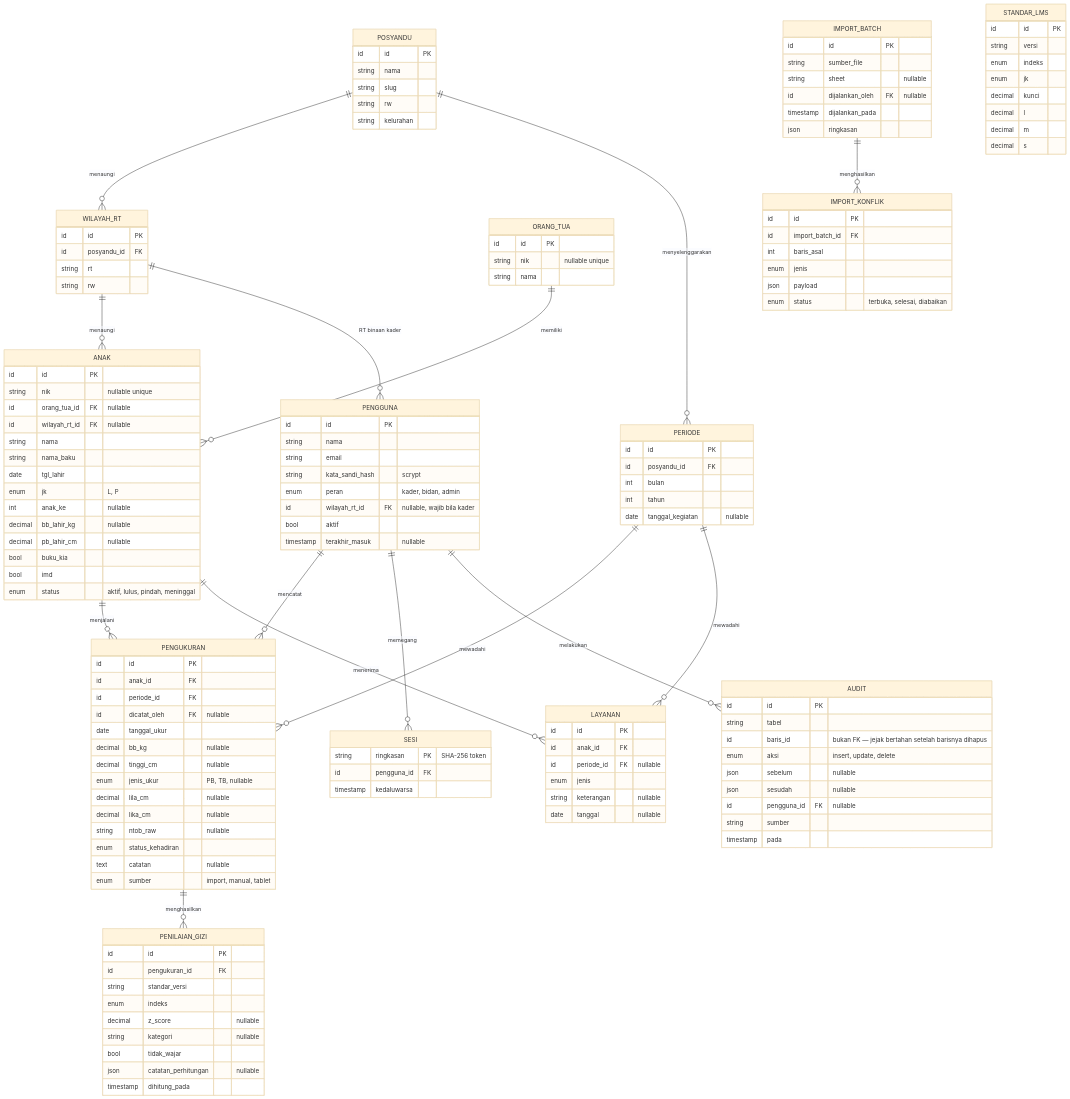
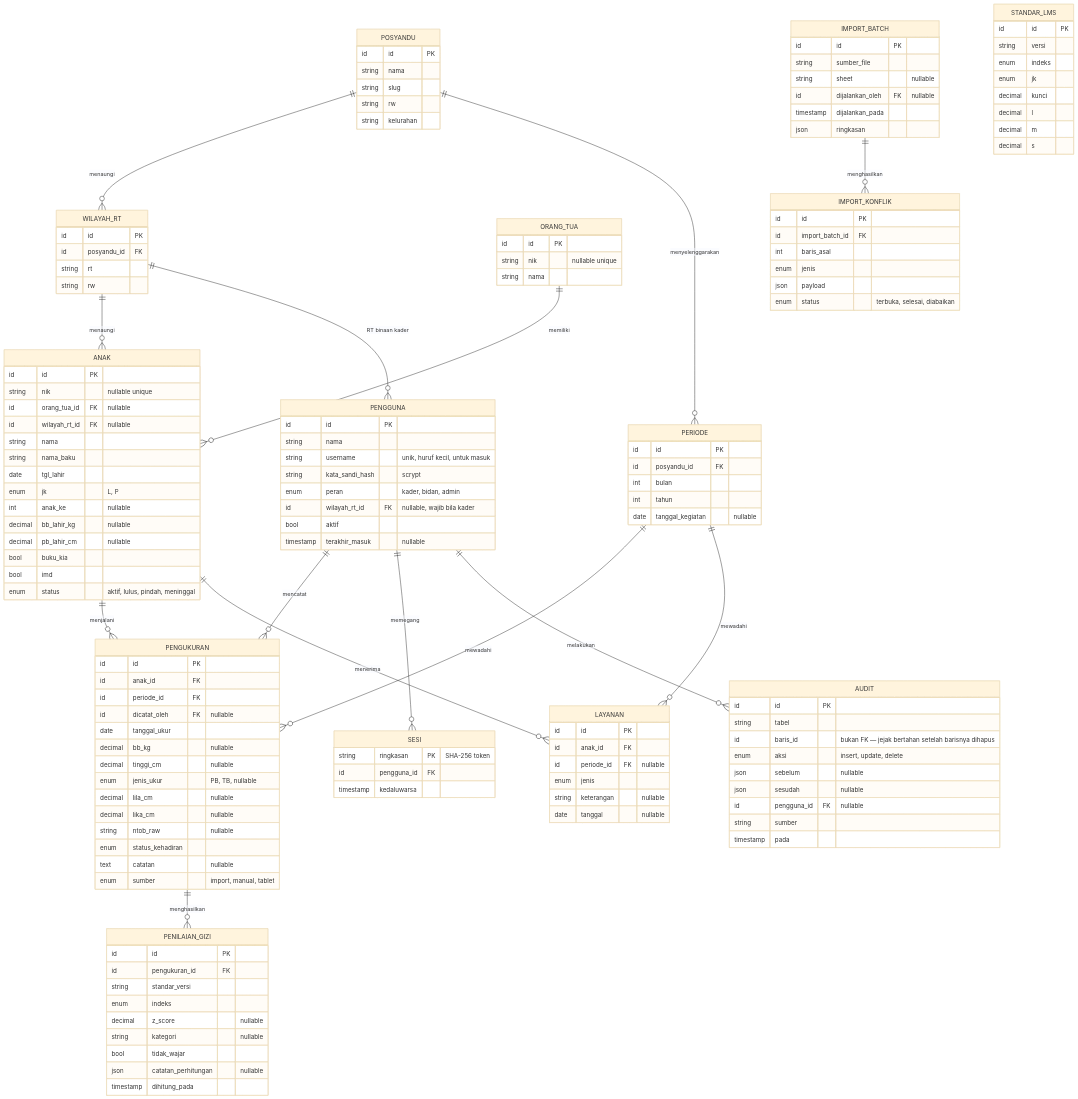
The diagram in docs/database.md (khairuonwork/kkn_posyandu_tulip), drawn with Mermaid (base theme) before and after one commit. The commit also changed other lines of this file and 115 other files, not shown here.

```diff
--- a/docs/database.md
+++ b/docs/database.md
@@ -43,7 +43,7 @@
     PENGGUNA {
         id id PK
         string nama
-        string email
+        string username "unik, huruf kecil, untuk masuk"
         string kata_sandi_hash "scrypt"
         enum peran "kader, bidan, admin"
         id wilayah_rt_id FK "nullable, wajib bila kader"
```
